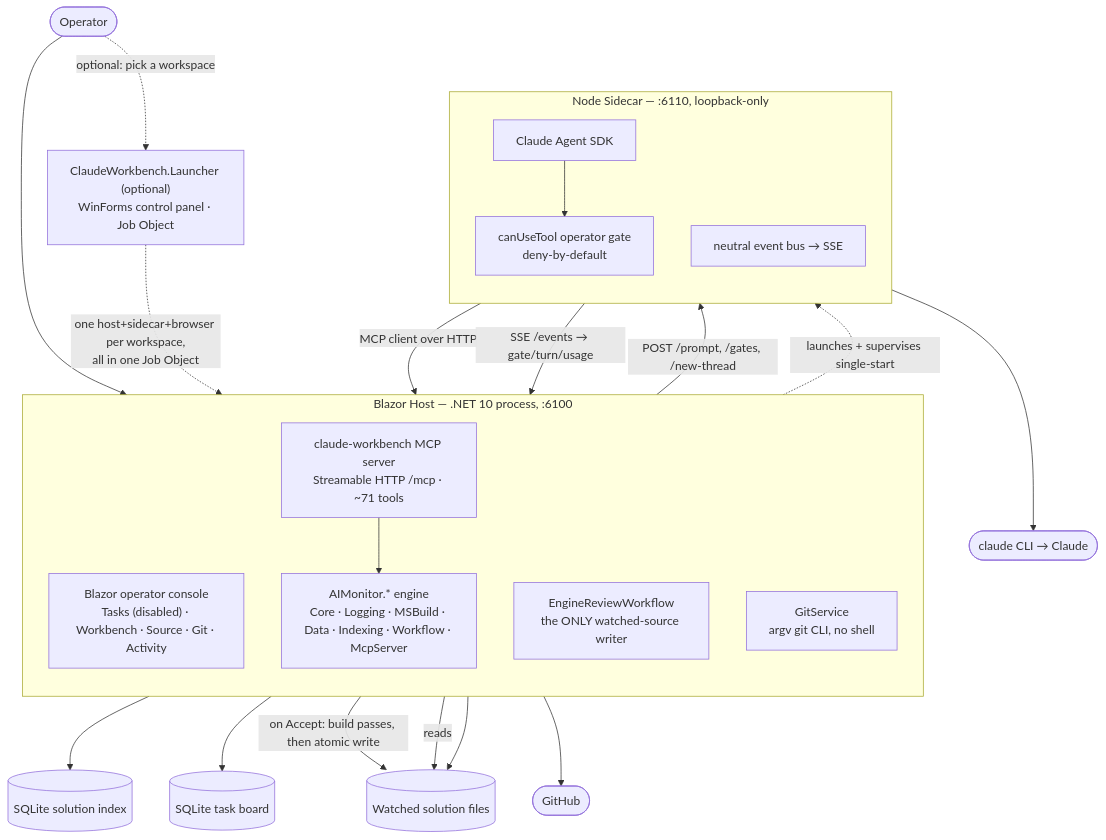
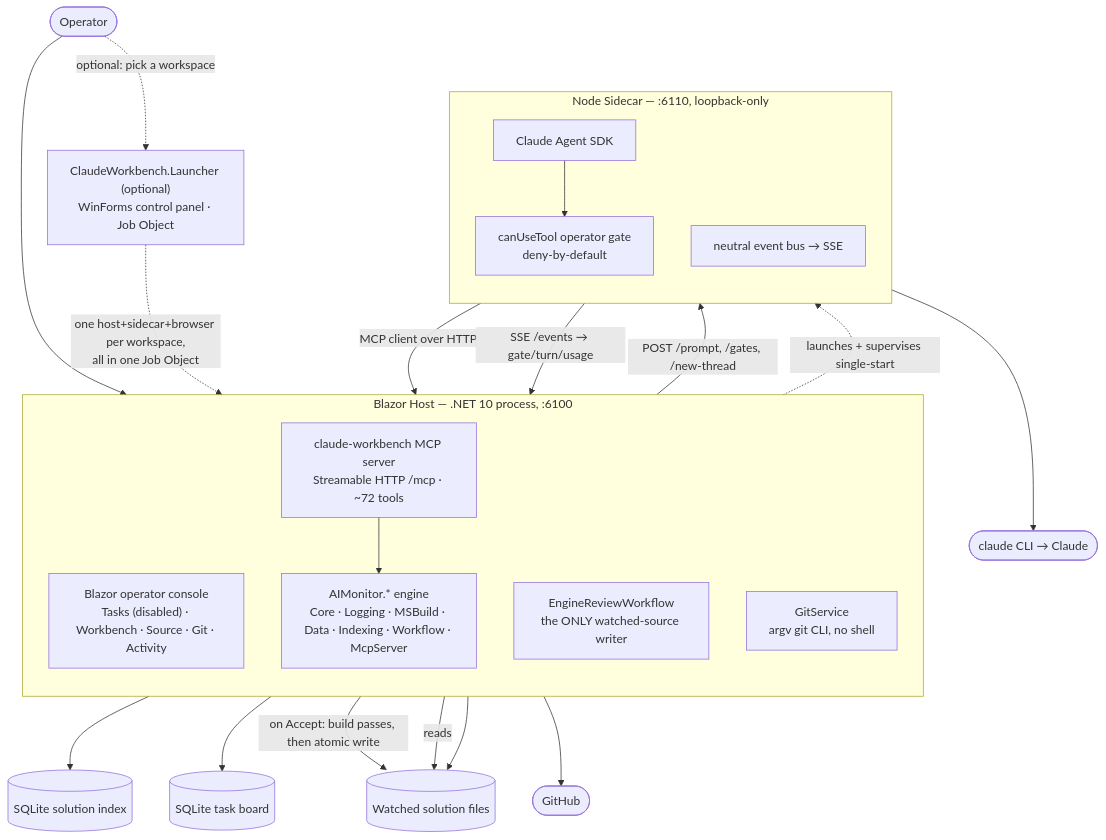
Before and after one commit to rdavi10471a2/ClaudeWorkbench: the second of 5 diagrams in docs/architecture/Architecture.md, drawn with Mermaid. The commit also changed other lines of this file and 10 other files, not shown here.

````diff
--- a/docs/architecture/Architecture.md
+++ b/docs/architecture/Architecture.md
@@ -50,44 +50,44 @@
 ```mermaid
 flowchart TB
     operator([Operator])
     launcher["ClaudeWorkbench.Launcher (optional)<br/>WinForms control panel · Job Object"]
 
     subgraph host["Blazor Host — .NET 10 process, :6100"]
         direction TB
         ui["Blazor operator console<br/>Tasks (disabled) · Workbench · Source · Git · Activity"]
-        mcp[claude-workbench MCP server<br/>Streamable HTTP /mcp · ~71 tools]
+        mcp[claude-workbench MCP server<br/>Streamable HTTP /mcp · ~72 tools]
         engine[AIMonitor.* engine<br/>Core · Logging · MSBuild · Data · Indexing · Workflow · McpServer]
         rev[EngineReviewWorkflow<br/>the ONLY watched-source writer]
         git[GitService<br/>argv git CLI, no shell]
     end
 
     subgraph side["Node Sidecar — :6110, loopback-only"]
         direction TB
         sdk[Claude Agent SDK]
         gate[canUseTool operator gate<br/>deny-by-default]
         bus[neutral event bus → SSE]
     end
 
     idx[(SQLite solution index)]
     board[(SQLite task board)]
     watched[(Watched solution files)]
     claudecli([claude CLI → Claude])
     remote([GitHub])
 
     operator --> ui
     ui -->|POST /prompt, /gates, /new-thread| side
     side -->|SSE /events → gate/turn/usage| ui
     sdk --> gate
     sdk -->|MCP client over HTTP| mcp
     sdk --> claudecli
     engine --> idx
     ui --> board
     mcp --> engine
     rev -->|"on Accept: build passes, then atomic write"| watched
     engine -->|reads| watched
     git --> watched
     git --> remote
     host -.->|launches + supervises single-start| side
     operator -.->|optional: pick a workspace| launcher
     launcher -.->|one host+sidecar+browser per workspace,<br/>all in one Job Object| host
 ```
````
